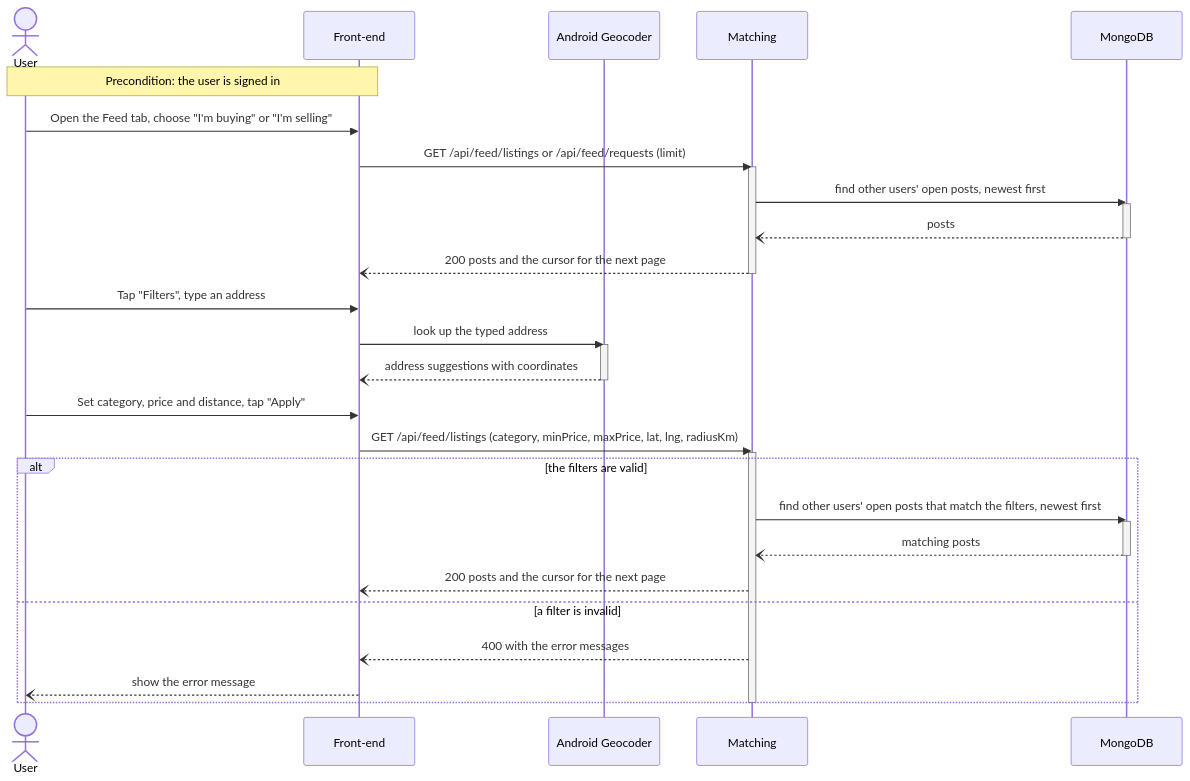
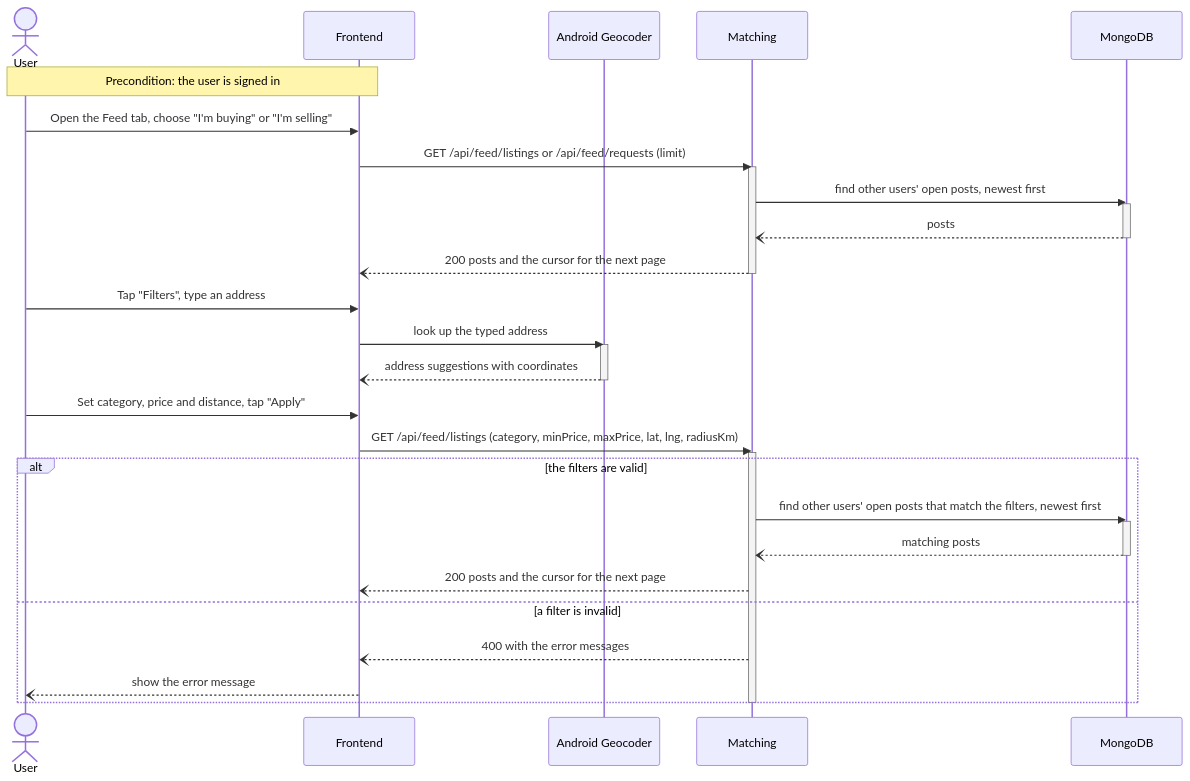
One commit to m1lun/m1skeletonProject changed the sixth of 6 diagrams in documentation/Requirements_and_Design.md. Above: the diagram before and after it, drawn with Mermaid. The commit also changed other lines of this file and 3 other files, not shown here.

````diff
--- a/documentation/Requirements_and_Design.md
+++ b/documentation/Requirements_and_Design.md
@@ -669,37 +654,37 @@
 ```mermaid
 sequenceDiagram
     actor U as User
-    participant FE as Front-end
+    participant FE as Frontend
     participant GEO as Android Geocoder
     participant M as Matching
     participant DB as MongoDB
     Note over U,FE: Precondition: the user is signed in
     U->>FE: Open the Feed tab, choose "I'm buying" or "I'm selling"
     FE->>M: GET /api/feed/listings or /api/feed/requests (limit)
     activate M
     M->>DB: find other users' open posts, newest first
     activate DB
     DB--)M: posts
     deactivate DB
     M--)FE: 200 posts and the cursor for the next page
     deactivate M
     U->>FE: Tap "Filters", type an address
     FE->>GEO: look up the typed address
     activate GEO
     GEO--)FE: address suggestions with coordinates
     deactivate GEO
     U->>FE: Set category, price and distance, tap "Apply"
     FE->>M: GET /api/feed/listings (category, minPrice, maxPrice, lat, lng, radiusKm)
     activate M
     alt the filters are valid
         M->>DB: find other users' open posts that match the filters, newest first
         activate DB
         DB--)M: matching posts
         deactivate DB
         M--)FE: 200 posts and the cursor for the next page
     else a filter is invalid
         M--)FE: 400 with the error messages
         FE--)U: show the error message
     end
     deactivate M
 ```
````
